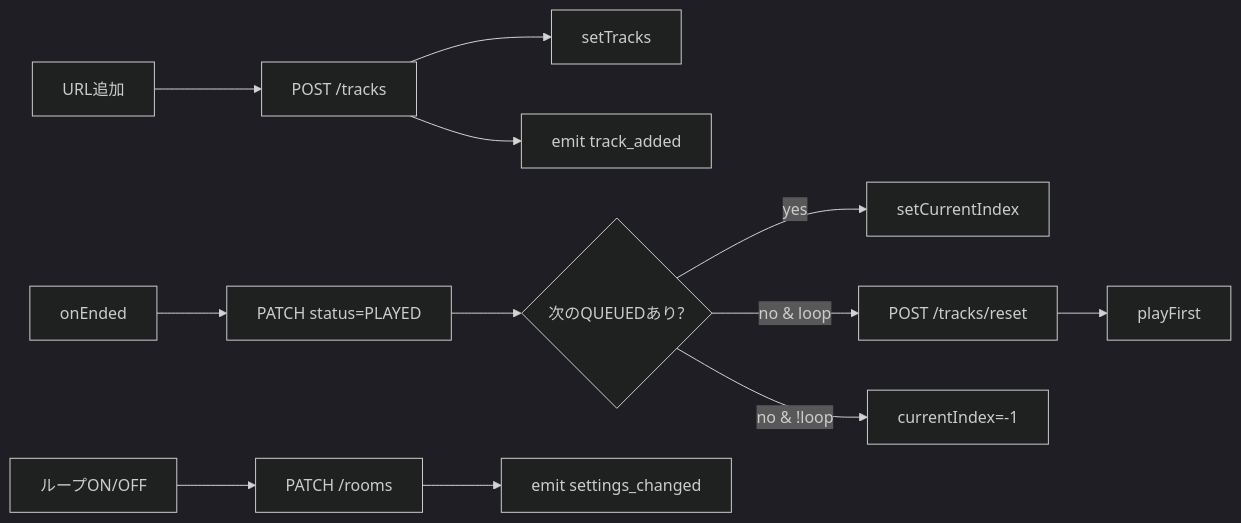
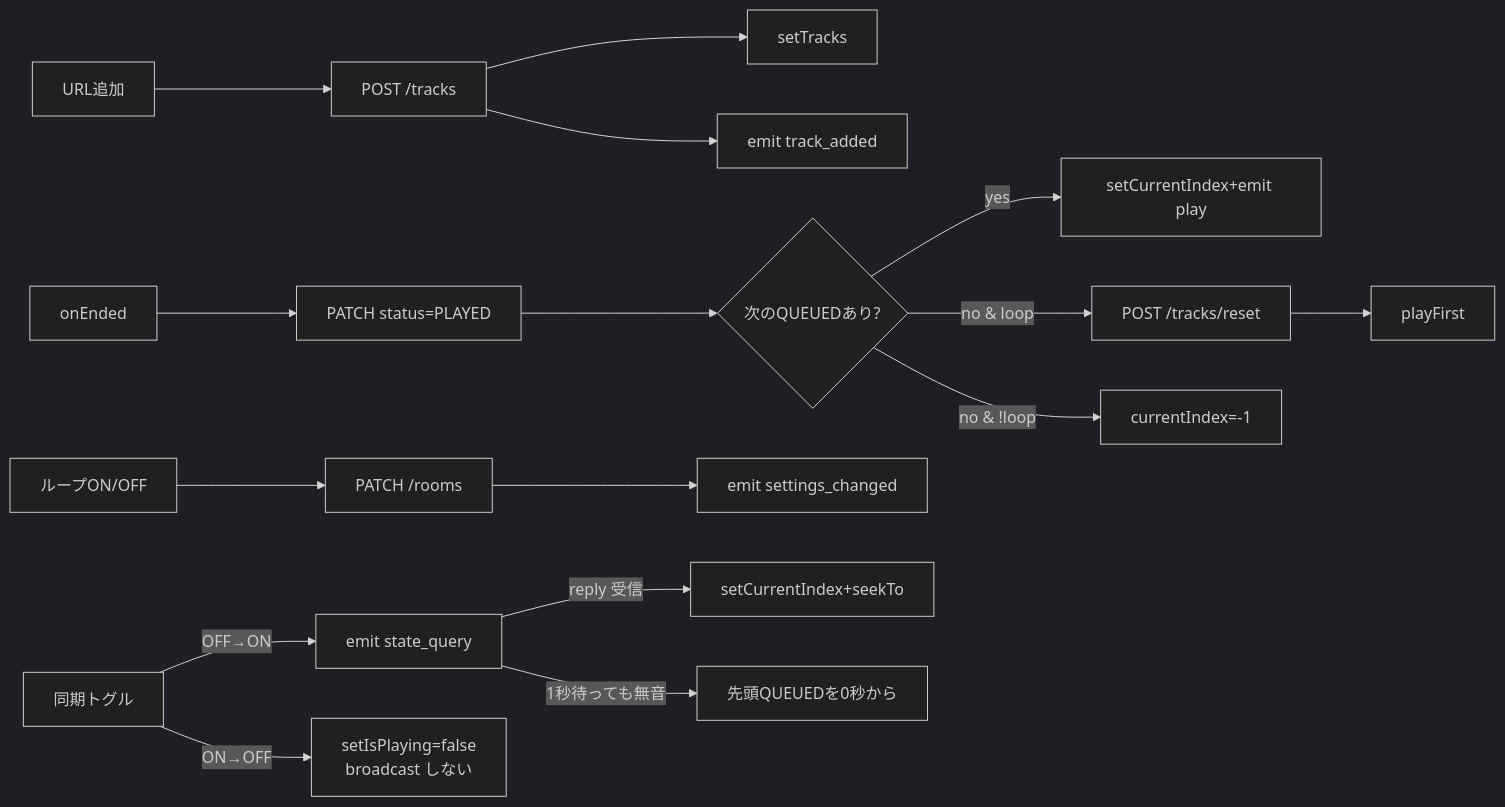
Before and after one commit to zagan-the-gun/XW-1: the diagram in docs/frontend.md, drawn with Mermaid (dark theme). The commit also changed other lines of this file and 14 other files, not shown here.

````diff
--- a/docs/frontend.md
+++ b/docs/frontend.md
@@ -65,16 +75,21 @@
 ```mermaid
 flowchart LR
     URL[URL追加] --> POST[POST /tracks]
     POST --> setTracks
     POST --> emitAdded[emit track_added]
 
     ended[onEnded] --> patchPlayed[PATCH status=PLAYED]
     patchPlayed --> next{次のQUEUEDあり?}
-    next -->|yes| playNext[setCurrentIndex]
+    next -->|yes| playNext[setCurrentIndex+emit play]
     next -->|no & loop| resetAll[POST /tracks/reset]
     next -->|no & !loop| idle[currentIndex=-1]
     resetAll --> playFirst
 
     toggleLoop[ループON/OFF] --> patchRoom[PATCH /rooms]
     patchRoom --> emitSettings[emit settings_changed]
+
+    toggleListen[同期トグル] -->|OFF→ON| qry[emit state_query]
+    qry -->|reply 受信| seek[setCurrentIndex+seekTo]
+    qry -->|1秒待っても無音| fallback[先頭QUEUEDを0秒から]
+    toggleListen -->|ON→OFF| stopLocal[setIsPlaying=false<br/>broadcast しない]
 ```
````
